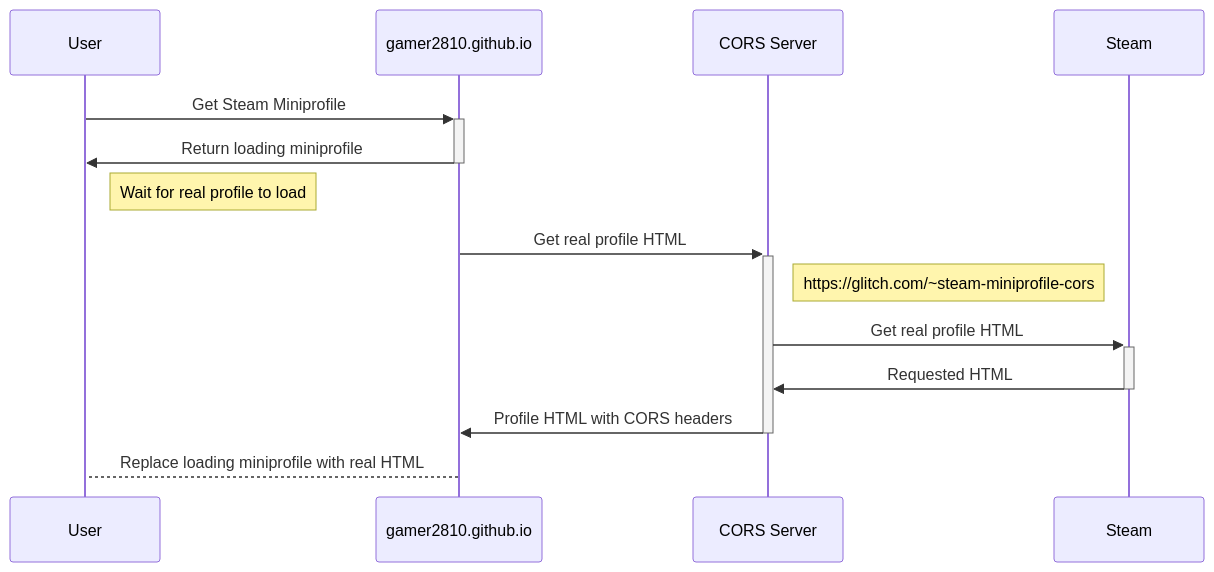
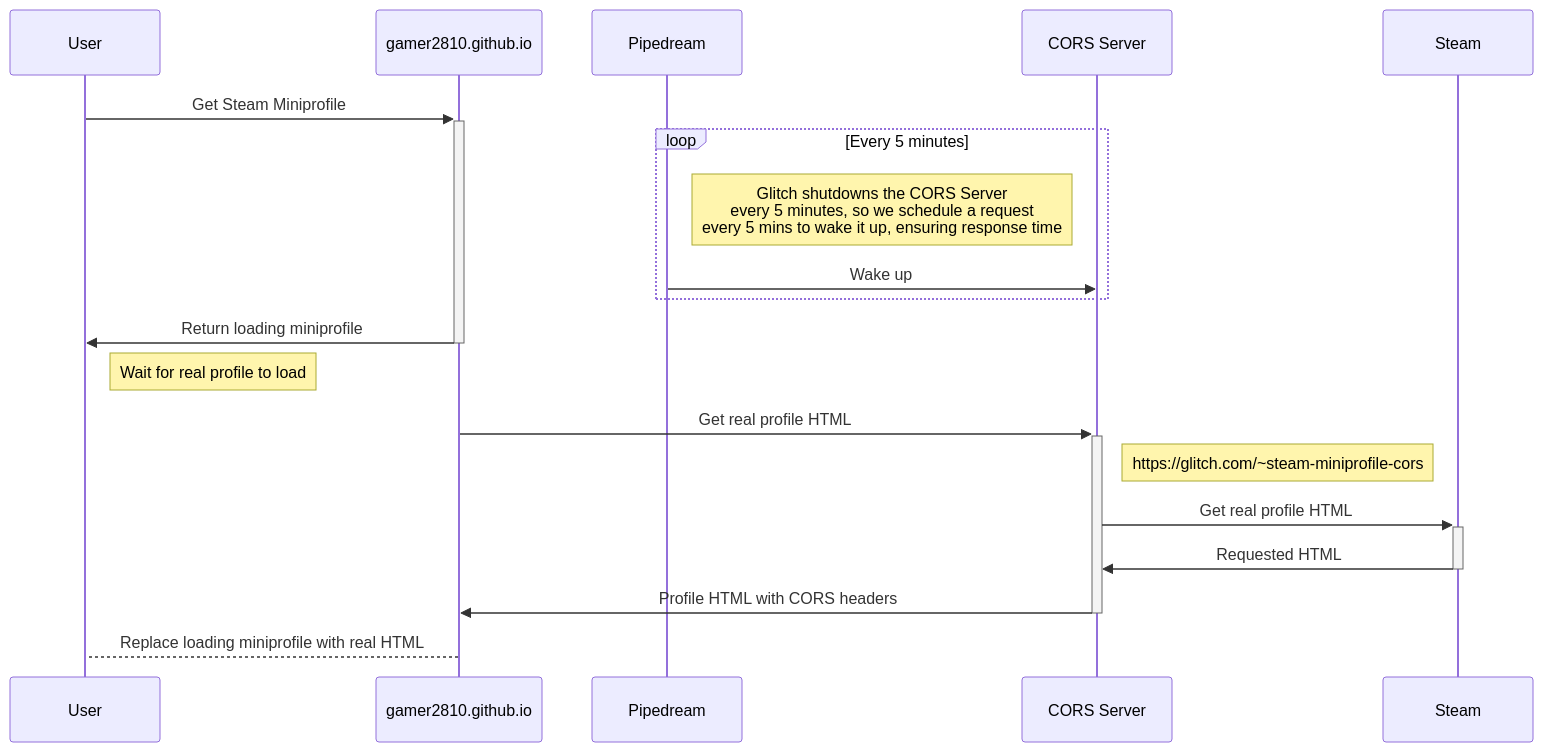
Before and after one commit to gamer2810/steam-miniprofile: the diagram in .github/README.md, drawn with Mermaid.

````diff
--- a/.github/README.md
+++ b/.github/README.md
@@ -30,12 +30,17 @@
 ```mermaid
 sequenceDiagram
     User->>+gamer2810.github.io: Get Steam Miniprofile
+    loop Every 5 minutes
+        Note right of Pipedream: Glitch shutdowns the CORS Server<br>every 5 minutes, so we schedule a request<br> every 5 mins to wake it up, ensuring response time
+        Pipedream->>CORS Server: Wake up
+    end
     gamer2810.github.io->>-User: Return loading miniprofile
     Note right of User: Wait for real profile to load
     gamer2810.github.io->>+CORS Server: Get real profile HTML
     Note right of CORS Server: https://glitch.com/~steam-miniprofile-cors
     CORS Server->>+Steam: Get real profile HTML
     Steam->>-CORS Server: Requested HTML
     CORS Server->>-gamer2810.github.io:Profile HTML with CORS headers
     gamer2810.github.io-->User: Replace loading miniprofile with real HTML
+
 ```
````
